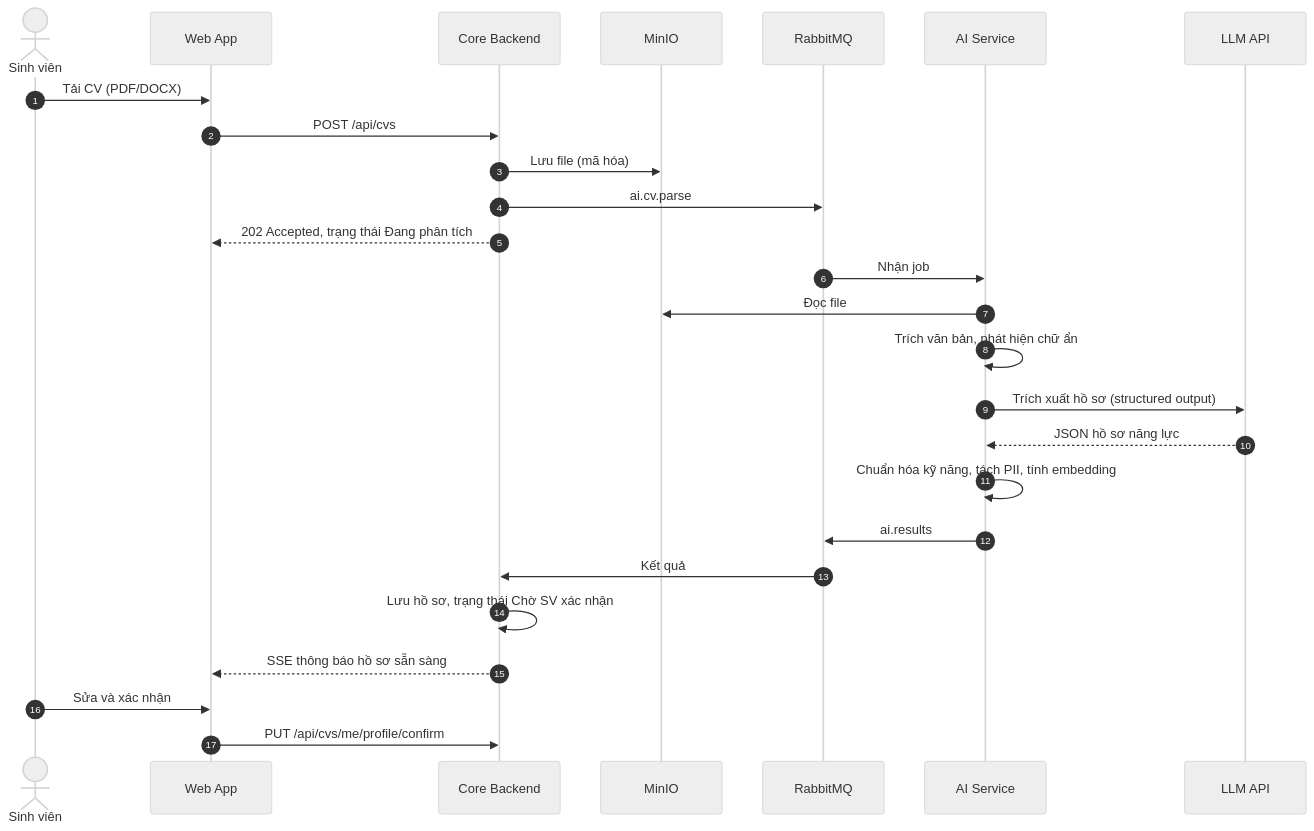
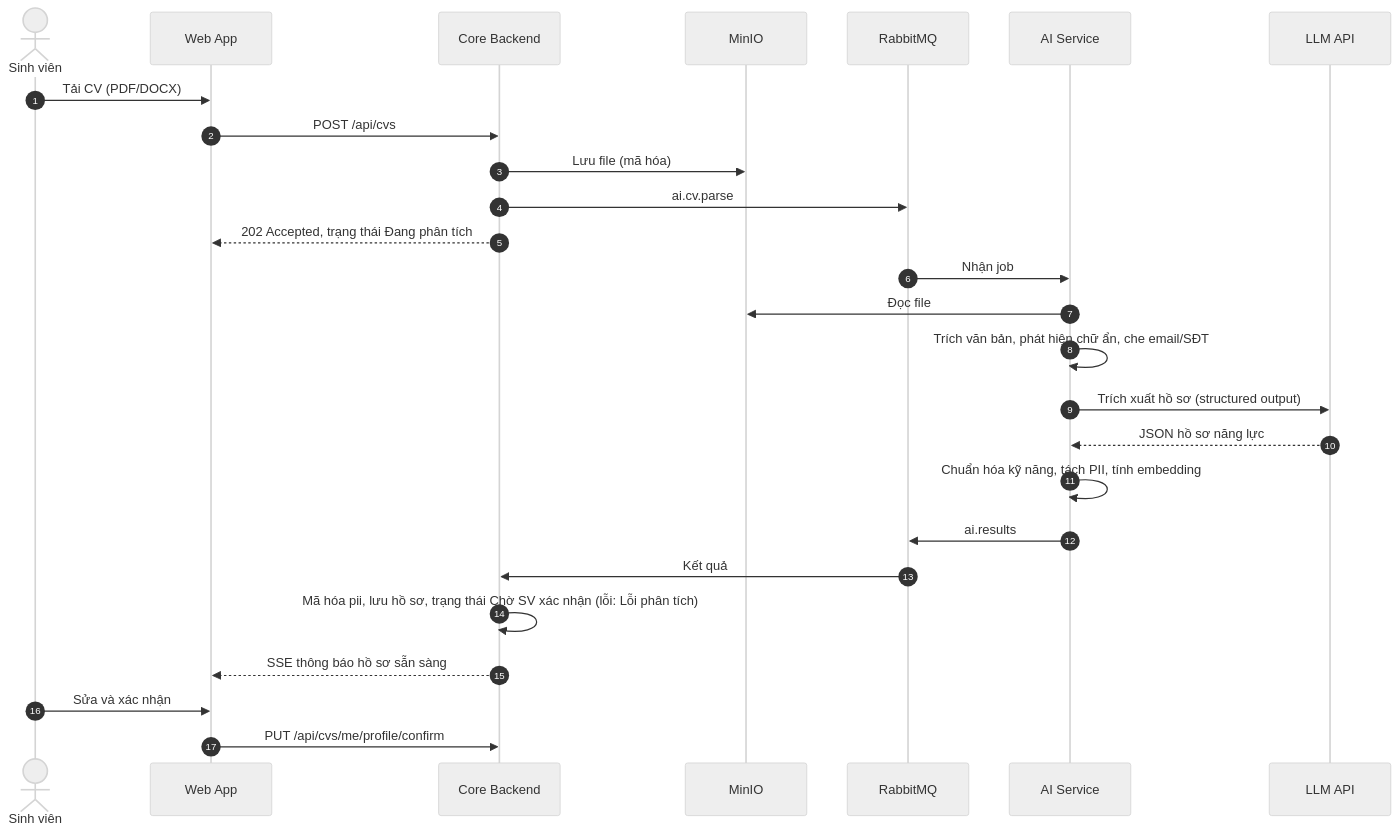
Before and after one commit to PDTnhah/Smart-Recruit-Match: the second of 4 diagrams in docs/ARCHITECTURE.md, drawn with Mermaid (neutral theme). The commit also changed other lines of this file and 171 other files, not shown here.

````diff
--- a/docs/ARCHITECTURE.md
+++ b/docs/ARCHITECTURE.md
@@ -558,28 +558,28 @@
 ```mermaid
 sequenceDiagram
     autonumber
     actor SV as Sinh viên
     participant FE as Web App
     participant BE as Core Backend
     participant S3 as MinIO
     participant MQ as RabbitMQ
     participant AI as AI Service
     participant LLM as LLM API
     SV->>FE: Tải CV (PDF/DOCX)
     FE->>BE: POST /api/cvs
     BE->>S3: Lưu file (mã hóa)
     BE->>MQ: ai.cv.parse
     BE-->>FE: 202 Accepted, trạng thái Đang phân tích
     MQ->>AI: Nhận job
     AI->>S3: Đọc file
-    AI->>AI: Trích văn bản, phát hiện chữ ẩn
+    AI->>AI: Trích văn bản, phát hiện chữ ẩn, che email/SĐT
     AI->>LLM: Trích xuất hồ sơ (structured output)
     LLM-->>AI: JSON hồ sơ năng lực
     AI->>AI: Chuẩn hóa kỹ năng, tách PII, tính embedding
     AI->>MQ: ai.results
     MQ->>BE: Kết quả
-    BE->>BE: Lưu hồ sơ, trạng thái Chờ SV xác nhận
+    BE->>BE: Mã hóa pii, lưu hồ sơ, trạng thái Chờ SV xác nhận (lỗi: Lỗi phân tích)
     BE-->>FE: SSE thông báo hồ sơ sẵn sàng
     SV->>FE: Sửa và xác nhận
     FE->>BE: PUT /api/cvs/me/profile/confirm
 ```
````
